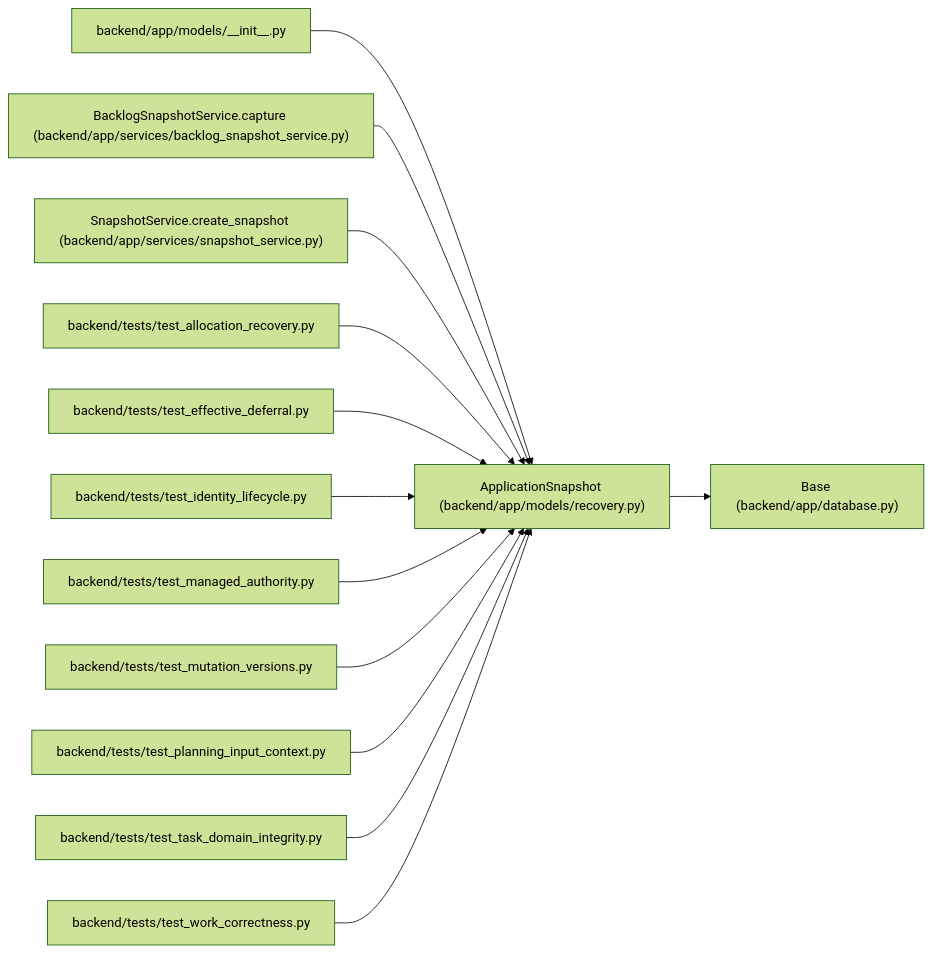
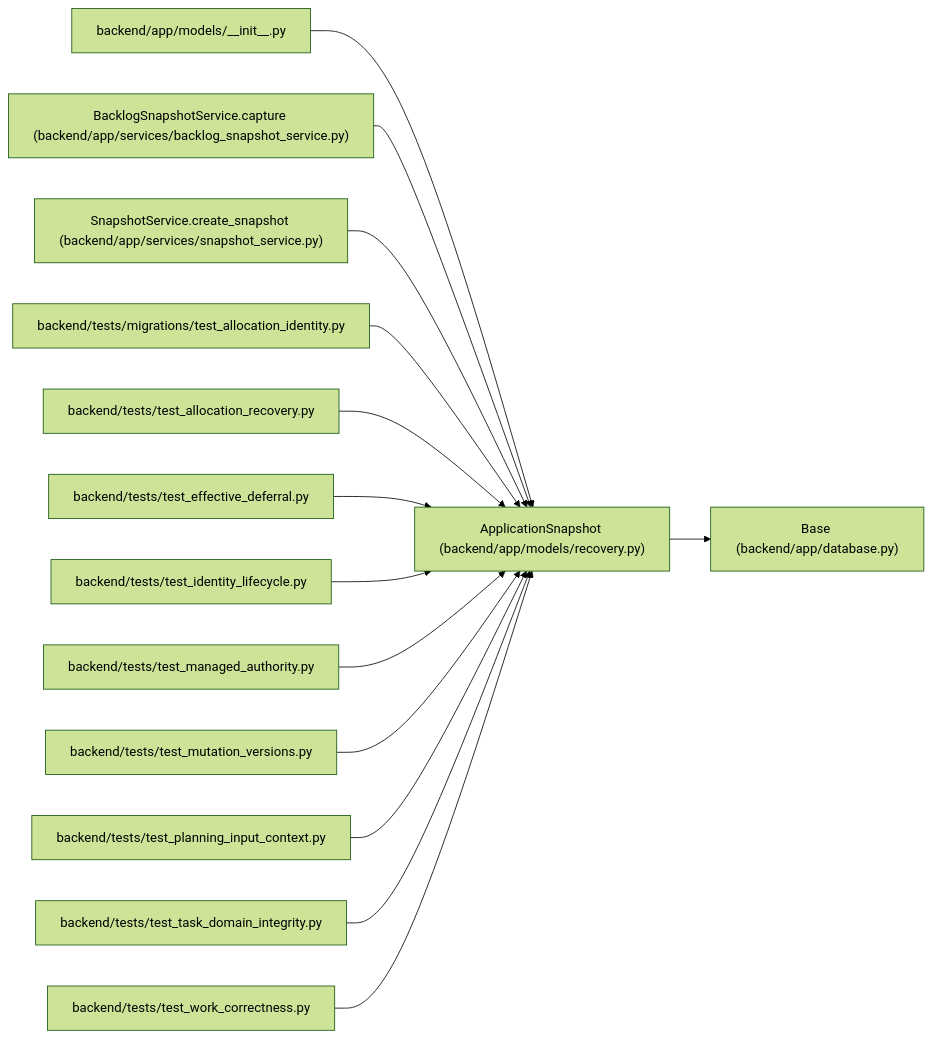
Before and after one commit to Denissvgn/WorkChord: the diagram in docs/llm_wiki/entities/ApplicationSnapshot.md, drawn with Mermaid (forest theme). The commit also changed other lines of this file and 658 other files, not shown here.

Commit message:
docs(wiki): refresh recovery identity and planning boundaries

````diff
--- a/docs/llm_wiki/entities/ApplicationSnapshot.md
+++ b/docs/llm_wiki/entities/ApplicationSnapshot.md
@@ -37,41 +37,44 @@
 ```mermaid
 flowchart LR
     n0["ApplicationSnapshot (backend/app/models/recovery.py)"]
     n1["Base (backend/app/database.py)"]
     n2["backend/app/models/__init__.py"]
     n3["BacklogSnapshotService.capture (backend/app/services/backlog_snapshot_service.py)"]
     n4["SnapshotService.create_snapshot (backend/app/services/snapshot_service.py)"]
-    n5["backend/tests/test_allocation_recovery.py"]
-    n6["backend/tests/test_effective_deferral.py"]
-    n7["backend/tests/test_identity_lifecycle.py"]
-    n8["backend/tests/test_managed_authority.py"]
-    n9["backend/tests/test_mutation_versions.py"]
-    n10["backend/tests/test_planning_input_context.py"]
-    n11["backend/tests/test_task_domain_integrity.py"]
-    n12["backend/tests/test_work_correctness.py"]
+    n5["backend/tests/migrations/test_allocation_identity.py"]
+    n6["backend/tests/test_allocation_recovery.py"]
+    n7["backend/tests/test_effective_deferral.py"]
+    n8["backend/tests/test_identity_lifecycle.py"]
+    n9["backend/tests/test_managed_authority.py"]
+    n10["backend/tests/test_mutation_versions.py"]
+    n11["backend/tests/test_planning_input_context.py"]
+    n12["backend/tests/test_task_domain_integrity.py"]
+    n13["backend/tests/test_work_correctness.py"]
     n0 --> n1
     n2 --> n0
     n3 --> n0
     n4 --> n0
     n5 --> n0
     n6 --> n0
     n7 --> n0
     n8 --> n0
     n9 --> n0
     n10 --> n0
     n11 --> n0
     n12 --> n0
+    n13 --> n0
     click n0 "../modules/recovery.md"
     click n1 "../modules/app_database.md"
     click n2 "../modules/models___init__.md"
     click n3 "../modules/backlog_snapshot_service.md"
     click n4 "../modules/snapshot_service.md"
-    click n5 "../modules/test_allocation_recovery.md"
-    click n6 "../modules/test_effective_deferral.md"
-    click n7 "../modules/test_identity_lifecycle.md"
-    click n8 "../modules/test_managed_authority.md"
-    click n9 "../modules/test_mutation_versions.md"
-    click n10 "../modules/test_planning_input_context.md"
-    click n11 "../modules/test_task_domain_integrity.md"
-    click n12 "../modules/test_work_correctness.md"
+    click n5 "../modules/test_allocation_identity.md"
+    click n6 "../modules/test_allocation_recovery.md"
+    click n7 "../modules/test_effective_deferral.md"
+    click n8 "../modules/test_identity_lifecycle.md"
+    click n9 "../modules/test_managed_authority.md"
+    click n10 "../modules/test_mutation_versions.md"
+    click n11 "../modules/test_planning_input_context.md"
+    click n12 "../modules/test_task_domain_integrity.md"
+    click n13 "../modules/test_work_correctness.md"
 ```
````
